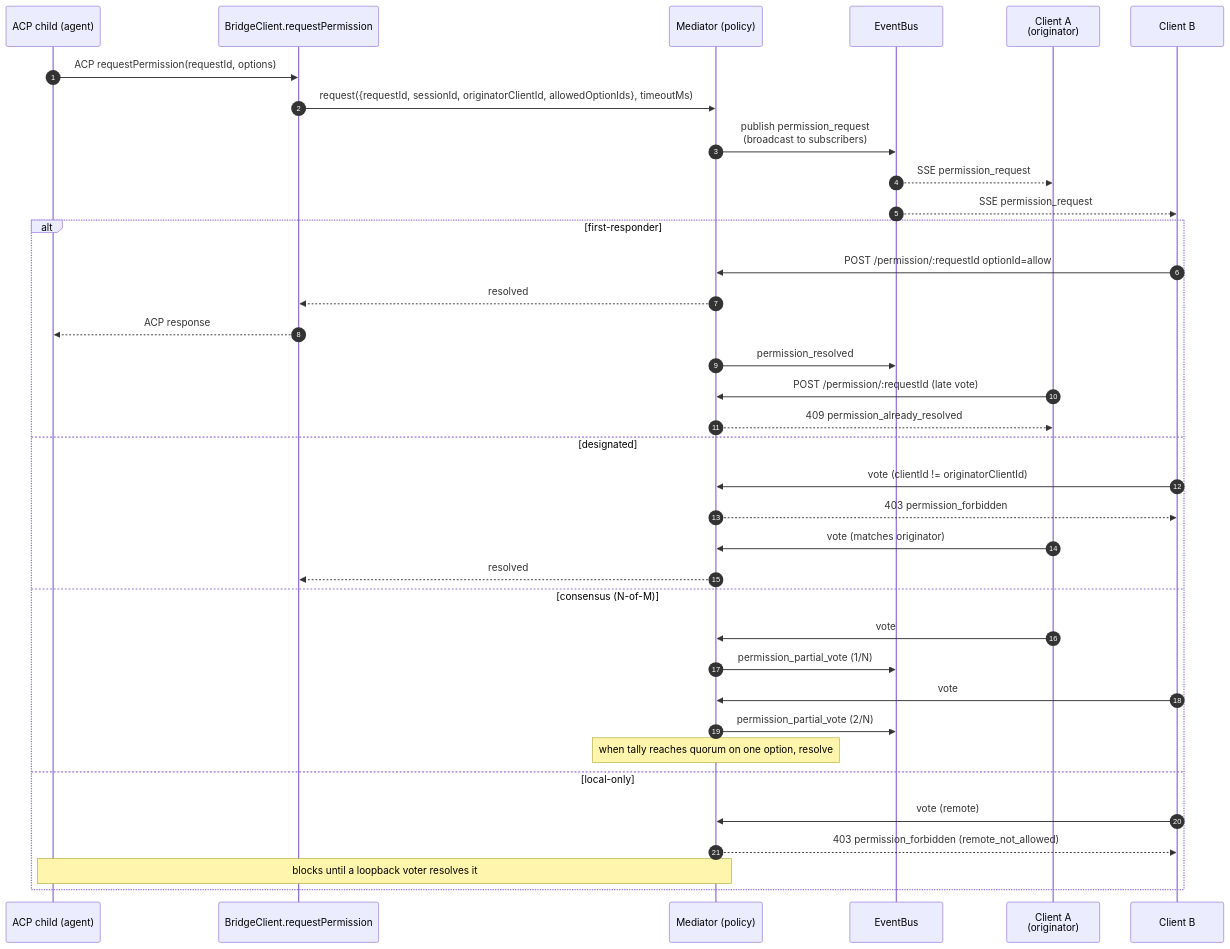
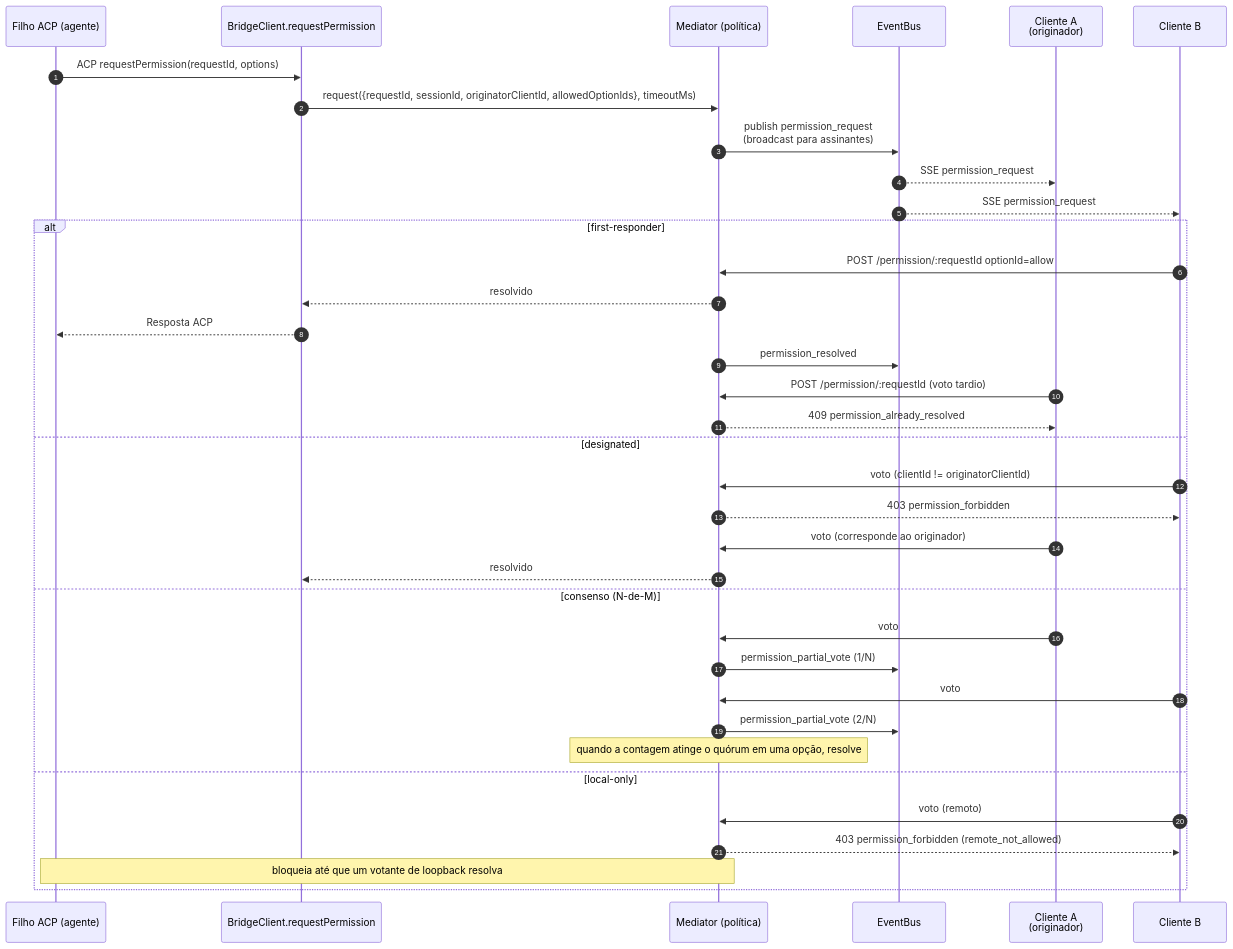
One commit to QwenLM/qwen-code-docs changed the fifth of 7 diagrams in website/content/pt-BR/developers/daemon/01-architecture.md. Above: the diagram before and after it, drawn with Mermaid. The commit also changed other lines of this file and 1077 other files, not shown here.

````diff
--- a/website/content/pt-BR/developers/daemon/01-architecture.md
+++ b/website/content/pt-BR/developers/daemon/01-architecture.md
@@ -202,40 +203,40 @@
 ```mermaid
 sequenceDiagram
     autonumber
-    participant CH as ACP child (agent)
+    participant CH as Filho ACP (agente)
     participant BC as BridgeClient.requestPermission
-    participant MED as Mediator (policy)
+    participant MED as Mediator (política)
     participant EB as EventBus
-    participant C1 as Client A<br/>(originator)
-    participant C2 as Client B
+    participant C1 as Cliente A<br/>(originador)
+    participant C2 as Cliente B
 
     CH->>BC: ACP requestPermission(requestId, options)
     BC->>MED: request({requestId, sessionId, originatorClientId, allowedOptionIds}, timeoutMs)
-    MED->>EB: publish permission_request<br/>(broadcast to subscribers)
+    MED->>EB: publish permission_request<br/>(broadcast para assinantes)
     EB-->>C1: SSE permission_request
     EB-->>C2: SSE permission_request
 
     alt first-responder
         C2->>MED: POST /permission/:requestId optionId=allow
-        MED-->>BC: resolved
-        BC-->>CH: ACP response
+        MED-->>BC: resolvido
+        BC-->>CH: Resposta ACP
         MED->>EB: permission_resolved
-        C1->>MED: POST /permission/:requestId (late vote)
+        C1->>MED: POST /permission/:requestId (voto tardio)
         MED-->>C1: 409 permission_already_resolved
     else designated
-        C2->>MED: vote (clientId != originatorClientId)
+        C2->>MED: voto (clientId != originatorClientId)
         MED-->>C2: 403 permission_forbidden
-        C1->>MED: vote (matches originator)
-        MED-->>BC: resolved
-    else consensus (N-of-M)
-        C1->>MED: vote
+        C1->>MED: voto (corresponde ao originador)
+        MED-->>BC: resolvido
+    else consenso (N-de-M)
+        C1->>MED: voto
         MED->>EB: permission_partial_vote (1/N)
-        C2->>MED: vote
+        C2->>MED: voto
         MED->>EB: permission_partial_vote (2/N)
-        Note over MED: when tally reaches quorum on one option, resolve
+        Note over MED: quando a contagem atinge o quórum em uma opção, resolve
     else local-only
-        C2->>MED: vote (remote)
+        C2->>MED: voto (remoto)
         MED-->>C2: 403 permission_forbidden (remote_not_allowed)
-        Note over MED,CH: blocks until a loopback voter resolves it
+        Note over MED,CH: bloqueia até que um votante de loopback resolva
     end
 ```
````
